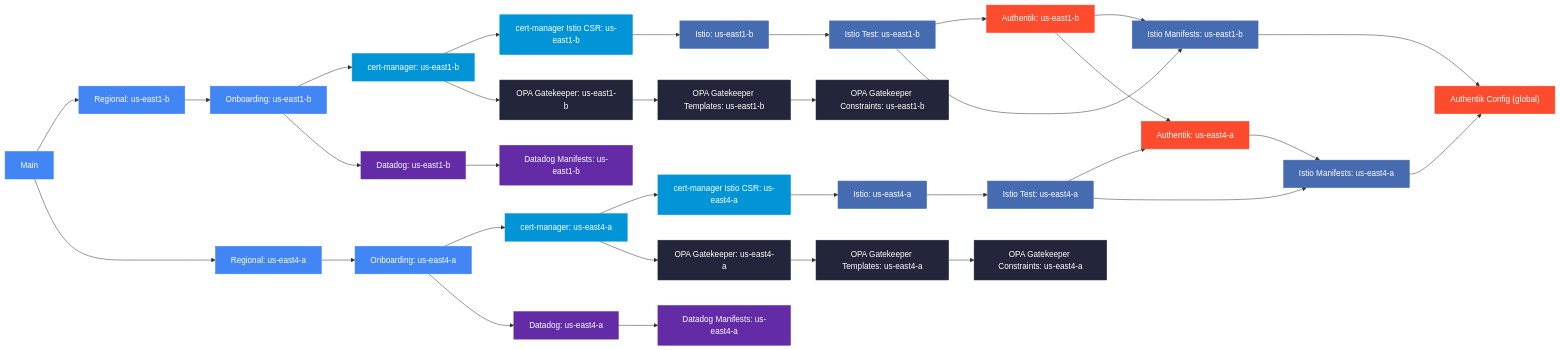
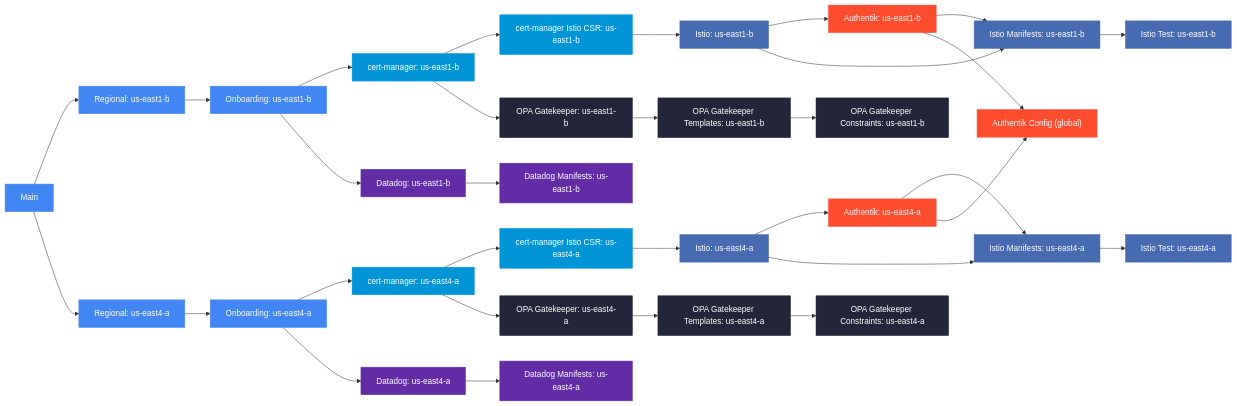
Before and after one commit to osinfra-io/pt-pneuma: the diagram in README.md, drawn with Mermaid. The commit also changed 3 other files, not shown here.

Commit message:
Remove unnecessary istio-test dependencies and update deployment diagram (#169)

````diff
--- a/README.md
+++ b/README.md
@@ -36,44 +36,44 @@
 ```mermaid
 flowchart LR
     classDef gke fill:#4285F4,stroke:#4285F4,color:#fff
     classDef certmanager fill:#0195D8,stroke:#0195D8,color:#fff
     classDef istio fill:#466BB0,stroke:#466BB0,color:#fff
     classDef datadog fill:#632CA6,stroke:#632CA6,color:#fff
     classDef opa fill:#23263B,stroke:#23263B,color:#fff
     classDef authentik fill:#FD4B2D,stroke:#FD4B2D,color:#fff
 
     main["Main"]:::gke
 
     main --> z1_regional["Regional: us-east1-b"]:::gke
     z1_regional --> z1_onboarding["Onboarding: us-east1-b"]:::gke
     z1_onboarding --> z1_cert_manager["cert-manager: us-east1-b"]:::certmanager
     z1_onboarding --> z1_datadog["Datadog: us-east1-b"]:::datadog
     z1_cert_manager --> z1_cert_manager_istio_csr["cert-manager Istio CSR: us-east1-b"]:::certmanager
     z1_cert_manager --> z1_opa_gatekeeper["OPA Gatekeeper: us-east1-b"]:::opa
     z1_cert_manager_istio_csr --> z1_istio["Istio: us-east1-b"]:::istio
-    z1_istio --> z1_istio_test["Istio Test: us-east1-b"]:::istio
-    z1_istio_test --> z1_authentik["Authentik: us-east1-b"]:::authentik
-    z1_istio_test --> z1_istio_manifests["Istio Manifests: us-east1-b"]:::istio
+    z1_istio --> z1_authentik["Authentik: us-east1-b"]:::authentik
+    z1_istio --> z1_istio_manifests["Istio Manifests: us-east1-b"]:::istio
     z1_authentik --> z1_istio_manifests
-    z1_istio_manifests --> authentik_config["Authentik Config (global)"]:::authentik
+    z1_istio_manifests --> z1_istio_test["Istio Test: us-east1-b"]:::istio
     z1_datadog --> z1_datadog_manifests["Datadog Manifests: us-east1-b"]:::datadog
     z1_opa_gatekeeper --> z1_opa_templates["OPA Gatekeeper Templates: us-east1-b"]:::opa
     z1_opa_templates --> z1_opa_constraints["OPA Gatekeeper Constraints: us-east1-b"]:::opa
 
     main --> z2_regional["Regional: us-east4-a"]:::gke
     z2_regional --> z2_onboarding["Onboarding: us-east4-a"]:::gke
     z2_onboarding --> z2_cert_manager["cert-manager: us-east4-a"]:::certmanager
     z2_onboarding --> z2_datadog["Datadog: us-east4-a"]:::datadog
     z2_cert_manager --> z2_cert_manager_istio_csr["cert-manager Istio CSR: us-east4-a"]:::certmanager
     z2_cert_manager --> z2_opa_gatekeeper["OPA Gatekeeper: us-east4-a"]:::opa
     z2_cert_manager_istio_csr --> z2_istio["Istio: us-east4-a"]:::istio
-    z2_istio --> z2_istio_test["Istio Test: us-east4-a"]:::istio
-    z2_istio_test --> z2_authentik["Authentik: us-east4-a"]:::authentik
-    z1_authentik --> z2_authentik
-    z2_istio_test --> z2_istio_manifests["Istio Manifests: us-east4-a"]:::istio
+    z2_istio --> z2_authentik["Authentik: us-east4-a"]:::authentik
+    z2_istio --> z2_istio_manifests["Istio Manifests: us-east4-a"]:::istio
     z2_authentik --> z2_istio_manifests
-    z2_istio_manifests --> authentik_config
+    z2_istio_manifests --> z2_istio_test["Istio Test: us-east4-a"]:::istio
     z2_datadog --> z2_datadog_manifests["Datadog Manifests: us-east4-a"]:::datadog
     z2_opa_gatekeeper --> z2_opa_templates["OPA Gatekeeper Templates: us-east4-a"]:::opa
     z2_opa_templates --> z2_opa_constraints["OPA Gatekeeper Constraints: us-east4-a"]:::opa
+
+    z1_authentik --> authentik_config["Authentik Config (global)"]:::authentik
+    z2_authentik --> authentik_config
 ```
````
